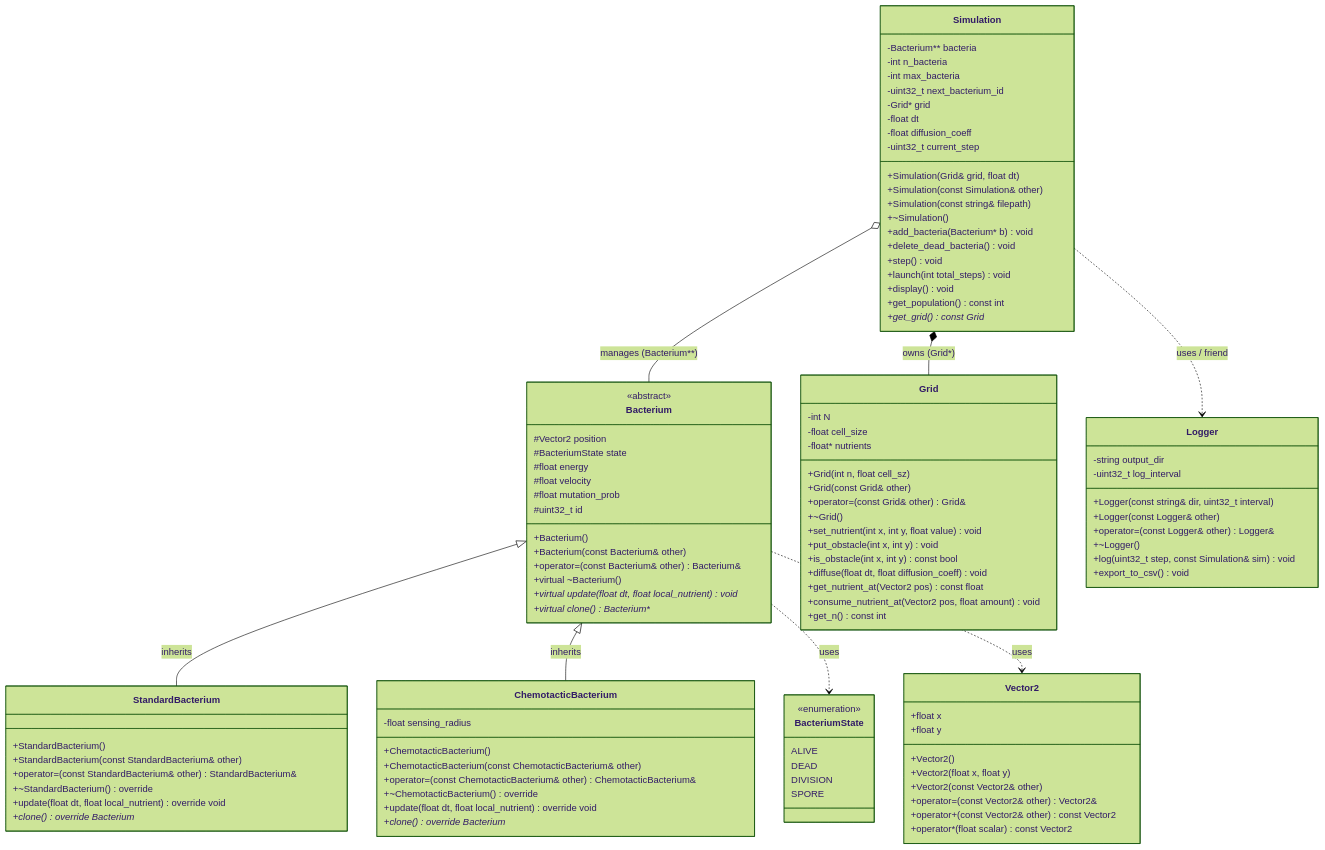
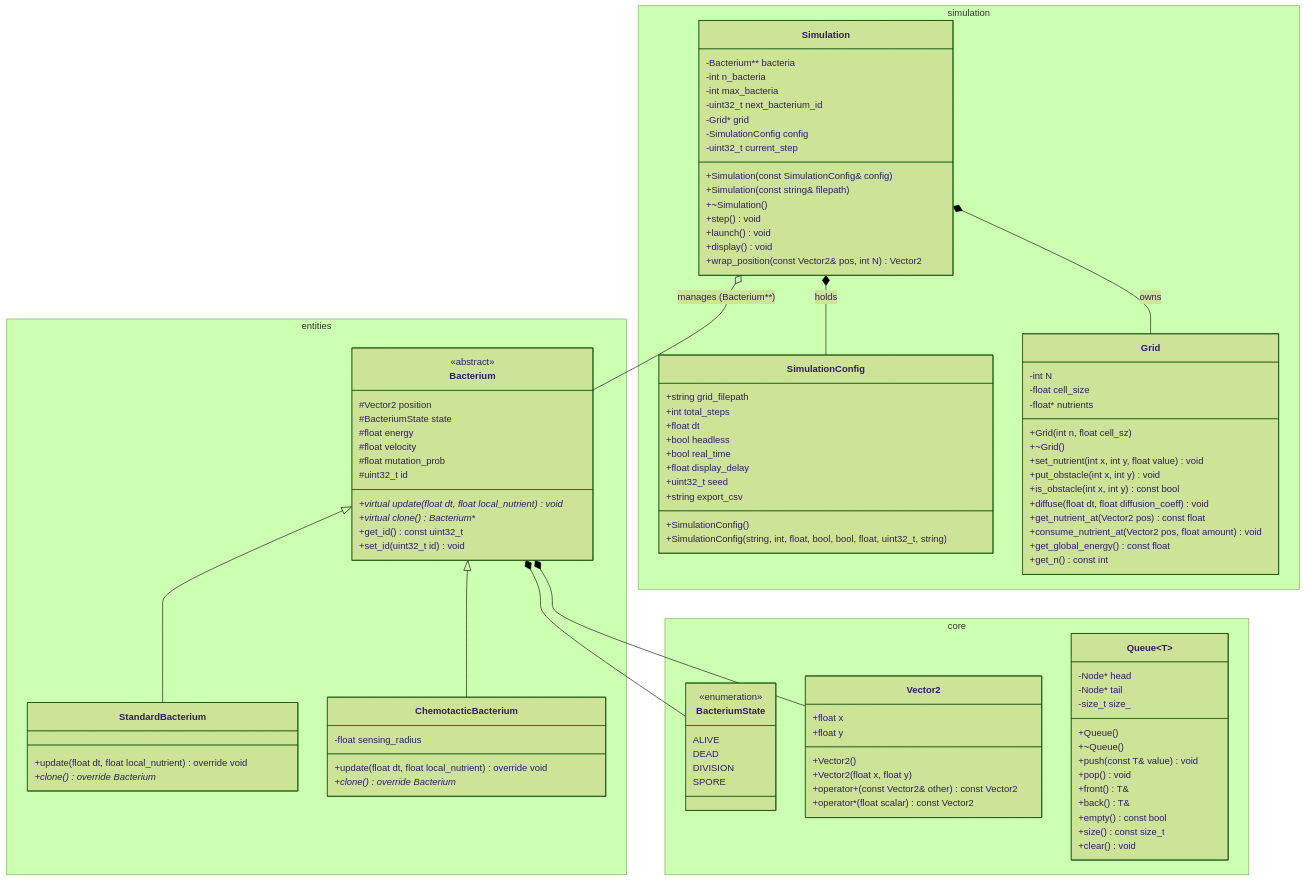
One commit to axelp-dev/BioChroma changed the first of 2 diagrams in docs/ARCHITECTURE.md. Above: the diagram before and after it, drawn with Mermaid (forest theme). The commit also changed other lines of this file and 3 other files, not shown here.

Commit message:
docs: Update docs/ to last architecture changes + add QUEUE.md description

````diff
--- a/docs/ARCHITECTURE.md
+++ b/docs/ARCHITECTURE.md
@@ -59,115 +67,119 @@
 ```mermaid 
 classDiagram
-    class BacteriumState {
-        <<enumeration>>
-        ALIVE
-        DEAD
-        DIVISION
-        SPORE
+    namespace core {
+        class BacteriumState {
+            <<enumeration>>
+            ALIVE
+            DEAD
+            DIVISION
+            SPORE
+        }
+
+        class Vector2 {
+            +float x
+            +float y
+            +Vector2()
+            +Vector2(float x, float y)
+            +operator+(const Vector2& other) const Vector2
+            +operator*(float scalar) const Vector2
+        }
+
+        class Queue~T~ {
+            -Node* head
+            -Node* tail
+            -size_t size_
+            +Queue()
+            +~Queue()
+            +push(const T& value) void
+            +pop() void
+            +front() T&
+            +back() T&
+            +empty() const bool
+            +size() const size_t
+            +clear() void
+        }
     }
 
-    class Vector2 {
-        +float x
-        +float y
-        +Vector2()
-        +Vector2(float x, float y)
-        +Vector2(const Vector2& other)
-        +operator=(const Vector2& other) Vector2&
-        +operator+(const Vector2& other) const Vector2
-        +operator*(float scalar) const Vector2
+    namespace entities {
+        class Bacterium {
+            <<abstract>>
+            #Vector2 position
+            #BacteriumState state
+            #float energy
+            #float velocity
+            #float mutation_prob
+            #uint32_t id
+            +virtual update(float dt, float local_nutrient)* void
+            +virtual clone()* Bacterium*
+            +get_id() const uint32_t
+            +set_id(uint32_t id) void
+        }
+
+        class StandardBacterium {
+            +update(float dt, float local_nutrient) override void
+            +clone() override Bacterium*
+        }
+
+        class ChemotacticBacterium {
+            -float sensing_radius
+            +update(float dt, float local_nutrient) override void
+            +clone() override Bacterium*
+        }
     }
 
-    class Bacterium {
-        <<abstract>>
-        #Vector2 position
-        #BacteriumState state
-        #float energy
-        #float velocity
-        #float mutation_prob
-        #uint32_t id
-        +Bacterium()
-        +Bacterium(const Bacterium& other)
-        +operator=(const Bacterium& other) Bacterium&
-        +virtual ~Bacterium()
-        +virtual update(float dt, float local_nutrient)* void
-        +virtual clone()* Bacterium*
+    namespace simulation {
+        class SimulationConfig {
+            +string grid_filepath
+            +int total_steps
+            +float dt
+            +bool headless
+            +bool real_time
+            +float display_delay
+            +uint32_t seed
+            +string export_csv
+            +SimulationConfig()
+            +SimulationConfig(string, int, float, bool, bool, float, uint32_t, string)
+        }
+
+        class Grid {
+            -int N
+            -float cell_size
+            -float* nutrients
+            +Grid(int n, float cell_sz)
+            +~Grid()
+            +set_nutrient(int x, int y, float value) void
+            +put_obstacle(int x, int y) void
+            +is_obstacle(int x, int y) const bool
+            +diffuse(float dt, float diffusion_coeff) void
+            +get_nutrient_at(Vector2 pos) const float
+            +consume_nutrient_at(Vector2 pos, float amount) void
+            +get_global_energy() const float
+            +get_n() const int
+        }
+
+        class Simulation {
+            -Bacterium** bacteria
+            -int n_bacteria
+            -int max_bacteria
+            -uint32_t next_bacterium_id
+            -Grid* grid
+            -SimulationConfig config
+            -uint32_t current_step
+            +Simulation(const SimulationConfig& config)
+            +Simulation(const string& filepath)
+            +~Simulation()
+            +step() void
+            +launch() void
+            +display() void
+            +wrap_position(const Vector2& pos, int N) Vector2
+        }
     }
 
-    class StandardBacterium {
-        +StandardBacterium()
-        +StandardBacterium(const StandardBacterium& other)
-        +operator=(const StandardBacterium& other) StandardBacterium&
-        +~StandardBacterium() override
-        +update(float dt, float local_nutrient) override void
-        +clone() override Bacterium*
-    }
-
-    class ChemotacticBacterium {
-        -float sensing_radius
-        +ChemotacticBacterium()
-        +ChemotacticBacterium(const ChemotacticBacterium& other)
-        +operator=(const ChemotacticBacterium& other) ChemotacticBacterium&
-        +~ChemotacticBacterium() override
-        +update(float dt, float local_nutrient) override void
-        +clone() override Bacterium*
-    }
-
-    class Grid {
-        -int N
-        -float cell_size
-        -float* nutrients
-        +Grid(int n, float cell_sz)
-        +Grid(const Grid& other)
-        +operator=(const Grid& other) Grid&
-        +~Grid()
-        +set_nutrient(int x, int y, float value) void
-        +put_obstacle(int x, int y) void
-        +is_obstacle(int x, int y) const bool
-        +diffuse(float dt, float diffusion_coeff) void
-        +get_nutrient_at(Vector2 pos) const float
-        +consume_nutrient_at(Vector2 pos, float amount) void
-        +get_n() const int
-    }
-
-
-    class Logger {
-        -string output_dir
-        -uint32_t log_interval
-        +Logger(const string& dir, uint32_t interval)
-        +Logger(const Logger& other)
-        +operator=(const Logger& other) Logger&
-        +~Logger()
-        +log(uint32_t step, const Simulation& sim) void
-        +export_to_csv() void
-    }
-
-    class Simulation {
-        -Bacterium** bacteria
-        -int n_bacteria
-        -int max_bacteria
-        -uint32_t next_bacterium_id
-        -Grid* grid
-        -float dt
-        -float diffusion_coeff
-        -uint32_t current_step
-        +Simulation(Grid& grid, float dt)
-        +Simulation(const Simulation& other)
-        +Simulation(const string& filepath)
-        +~Simulation()
-        +add_bacteria(Bacterium* b) void
-        +delete_dead_bacteria() void
-        +step() void
-        +launch(int total_steps) void
-        +display() void
-        +get_population() const int
-        +get_grid() const Grid*
-    }
-
-    Bacterium <|-- StandardBacterium : inherits
-    Bacterium <|-- ChemotacticBacterium : inherits
-    Simulation *-- Grid : owns (Grid*)
+    Bacterium <|-- StandardBacterium
+    Bacterium <|-- ChemotacticBacterium
+    Bacterium *-- Vector2
+    Bacterium *-- BacteriumState
+    Simulation *-- Grid : owns
+    Simulation *-- SimulationConfig : holds
     Simulation o-- Bacterium : manages (Bacterium**)
-    Simulation ..> Logger : uses / friend
-    Bacterium ..> BacteriumState : uses
-    Bacterium ..> Vector2 : uses
 ```
````
